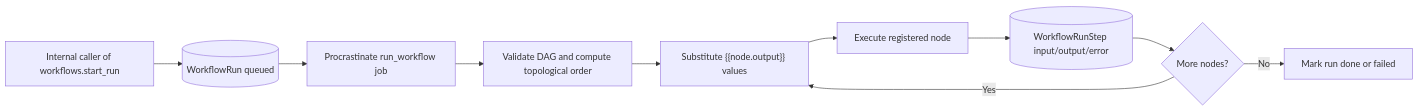
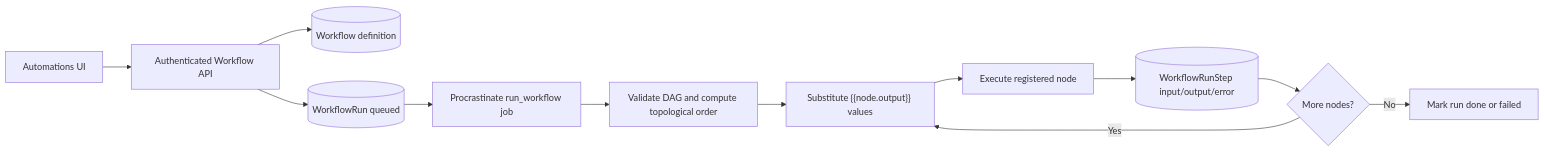
Diagram 16 of 21 in ARCHITECTURE.md (zaidt156/Orrery), drawn with Mermaid before and after one commit. The commit also changed other lines of this file and 11 other files, not shown here.

````diff
--- a/ARCHITECTURE.md
+++ b/ARCHITECTURE.md
@@ -516,12 +526,14 @@
 ```mermaid
 flowchart LR
-    internal["Internal caller of workflows.start_run"] --> run[("WorkflowRun queued")]
+    ui["Automations UI"] --> api["Authenticated Workflow API"]
+    api --> store[("Workflow definition")]
+    api --> run[("WorkflowRun queued")]
     run --> queue["Procrastinate run_workflow job"]
     queue --> topo["Validate DAG and compute topological order"]
     topo --> node["Substitute {{node.output}} values"]
     node --> execute["Execute registered node"]
     execute --> step[("WorkflowRunStep input/output/error")]
     step --> more{"More nodes?"}
     more -->|"Yes"| node
     more -->|"No"| finish["Mark run done or failed"]
 ```
````
